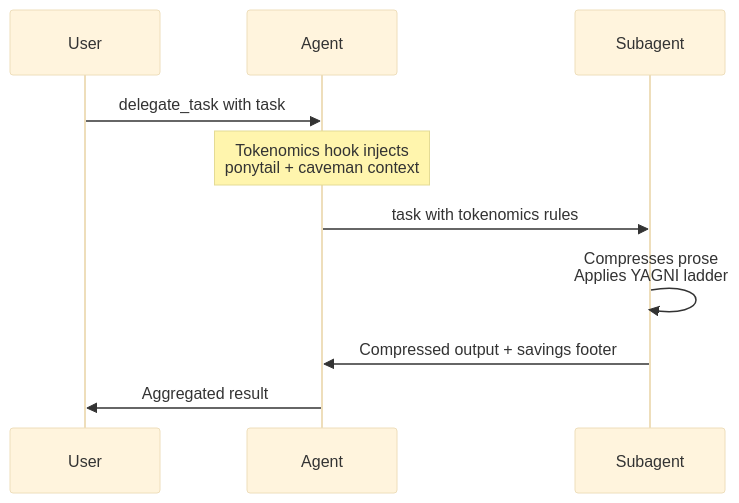
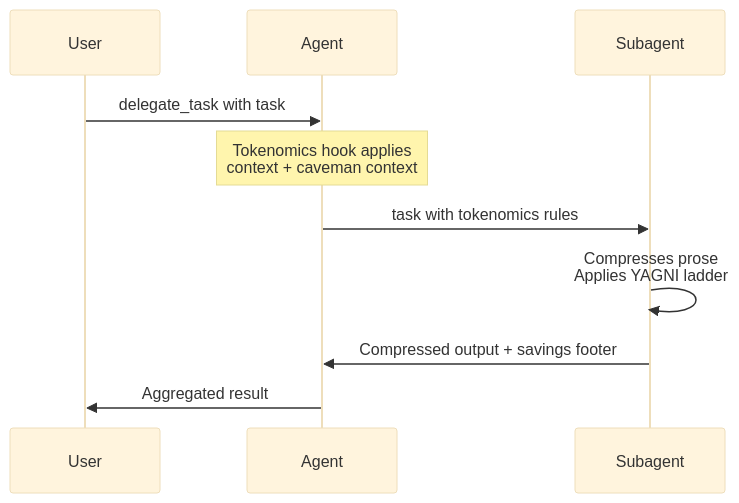
The third of 3 diagrams in README.md (z99wE/tokenomics-plugin), drawn with Mermaid (base theme) before and after one commit. The commit also changed other lines of this file and 7 other files, not shown here.

First line of the commit message:
v2.1.0: Remove pre_llm_call hook, add enhanced features beyond caveman/ponytail

````diff
--- a/README.md
+++ b/README.md
@@ -100,12 +100,12 @@
 ```mermaid
 sequenceDiagram
     participant U as User
     participant A as Agent
     participant S as Subagent
     U->>A: delegate_task with task
-    Note over A: Tokenomics hook injects<br/>ponytail + caveman context
+    Note over A: Tokenomics hook applies<br/>context + caveman context
     A->>S: task with tokenomics rules
     S->>S: Compresses prose<br/>Applies YAGNI ladder
     S->>A: Compressed output + savings footer
     A->>U: Aggregated result
 ```
````
